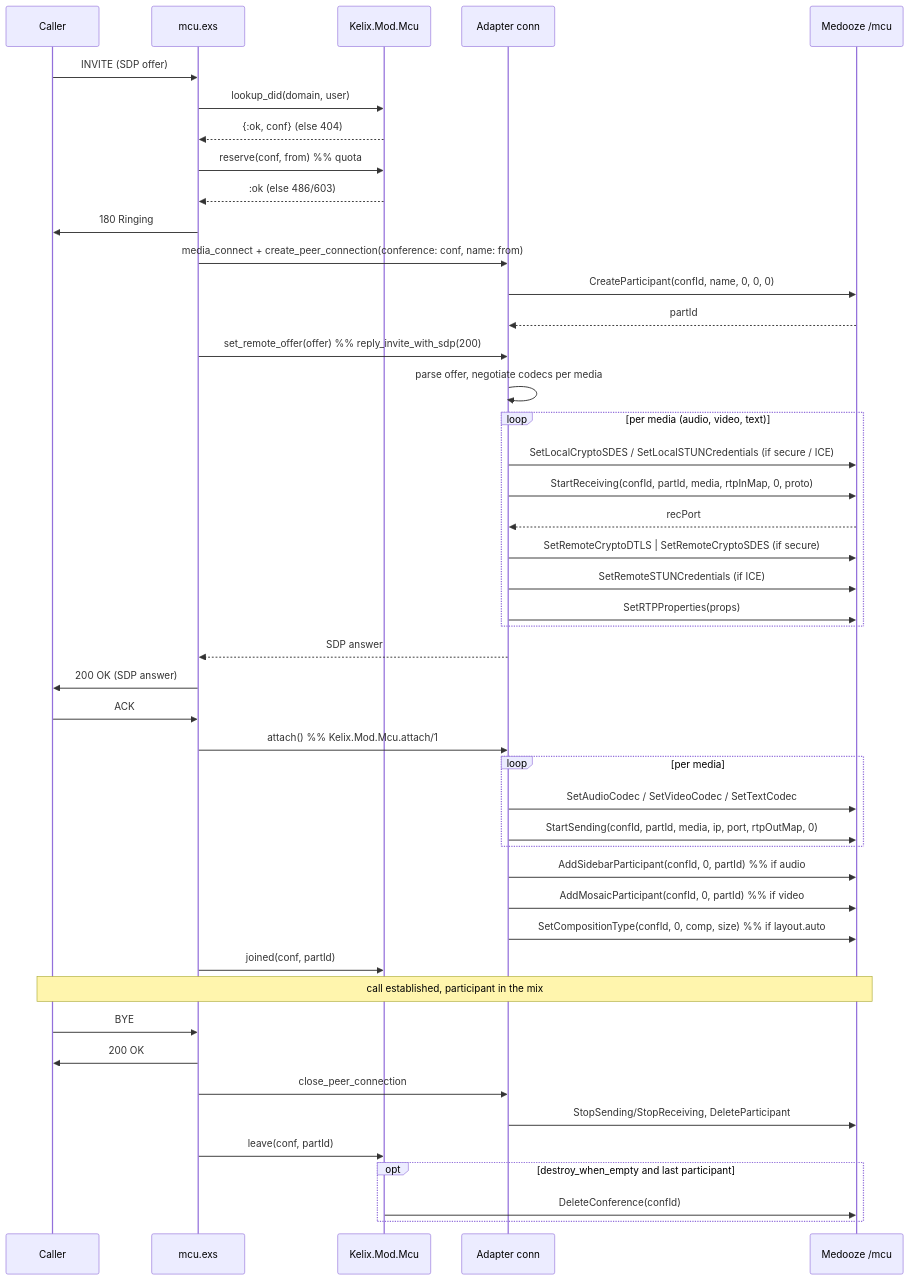
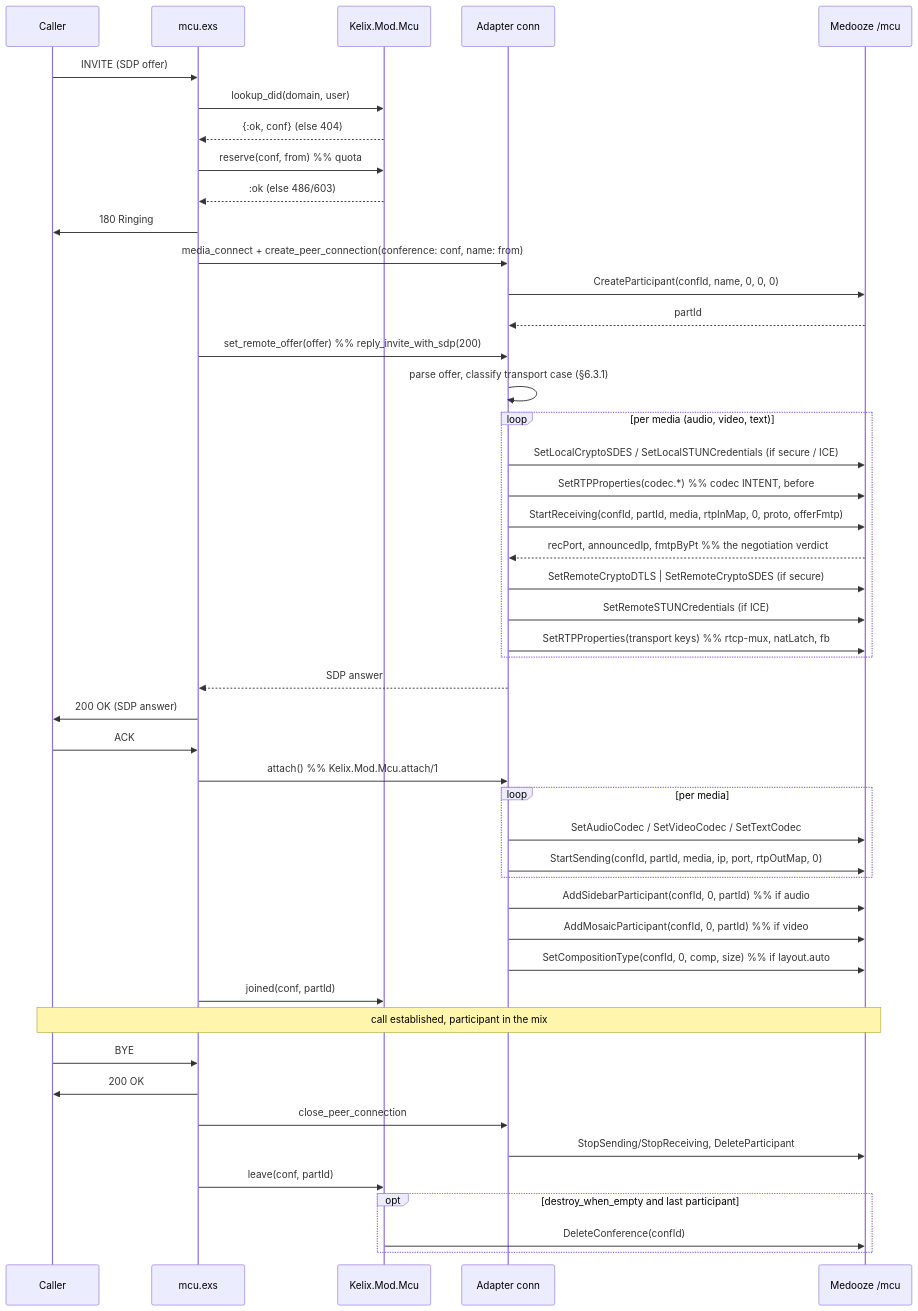
Before and after one commit to neutrino38/elixip: the diagram in docs/design/mcu_module.md, drawn with Mermaid. The commit also changed other lines of this file, not shown here.

First line of the commit message:
docs(mcu): the delegated-negotiation design, and reconcile it with what shipped

````diff
--- a/docs/design/mcu_module.md
+++ b/docs/design/mcu_module.md
@@ -467,49 +486,50 @@
 ```mermaid
 sequenceDiagram
     participant UA as Caller
     participant S as mcu.exs
     participant M as Kelix.Mod.Mcu
     participant A as Adapter conn
     participant MCU as Medooze /mcu
 
     UA->>S: INVITE (SDP offer)
     S->>M: lookup_did(domain, user)
     M-->>S: {:ok, conf}  (else 404)
     S->>M: reserve(conf, from)         %% quota
     M-->>S: :ok                        (else 486/603)
     S->>UA: 180 Ringing
     S->>A: media_connect + create_peer_connection(conference: conf, name: from)
     A->>MCU: CreateParticipant(confId, name, 0, 0, 0)
     MCU-->>A: partId
     S->>A: set_remote_offer(offer)     %% reply_invite_with_sdp(200)
-    A->>A: parse offer, negotiate codecs per media
+    A->>A: parse offer, classify transport case (§6.3.1)
     loop per media (audio, video, text)
         A->>MCU: SetLocalCryptoSDES / SetLocalSTUNCredentials   (if secure / ICE)
-        A->>MCU: StartReceiving(confId, partId, media, rtpInMap, 0, proto)
-        MCU-->>A: recPort
+        A->>MCU: SetRTPProperties(codec.*)                 %% codec INTENT, before
+        A->>MCU: StartReceiving(confId, partId, media, rtpInMap, 0, proto, offerFmtp)
+        MCU-->>A: recPort, announcedIp, fmtpByPt   %% the negotiation verdict
         A->>MCU: SetRemoteCryptoDTLS | SetRemoteCryptoSDES      (if secure)
         A->>MCU: SetRemoteSTUNCredentials                       (if ICE)
-        A->>MCU: SetRTPProperties(props)
+        A->>MCU: SetRTPProperties(transport keys)          %% rtcp-mux, natLatch, fb
     end
     A-->>S: SDP answer
     S->>UA: 200 OK (SDP answer)
     UA->>S: ACK
     S->>A: attach()                    %% Kelix.Mod.Mcu.attach/1
     loop per media
         A->>MCU: SetAudioCodec / SetVideoCodec / SetTextCodec
         A->>MCU: StartSending(confId, partId, media, ip, port, rtpOutMap, 0)
     end
     A->>MCU: AddSidebarParticipant(confId, 0, partId)   %% if audio
     A->>MCU: AddMosaicParticipant(confId, 0, partId)    %% if video
     A->>MCU: SetCompositionType(confId, 0, comp, size)  %% if layout.auto
     S->>M: joined(conf, partId)
     Note over UA,MCU: call established, participant in the mix
     UA->>S: BYE
     S->>UA: 200 OK
     S->>A: close_peer_connection
     A->>MCU: StopSending/StopReceiving, DeleteParticipant
     S->>M: leave(conf, partId)
     opt destroy_when_empty and last participant
         M->>MCU: DeleteConference(confId)
     end
 ```
````
